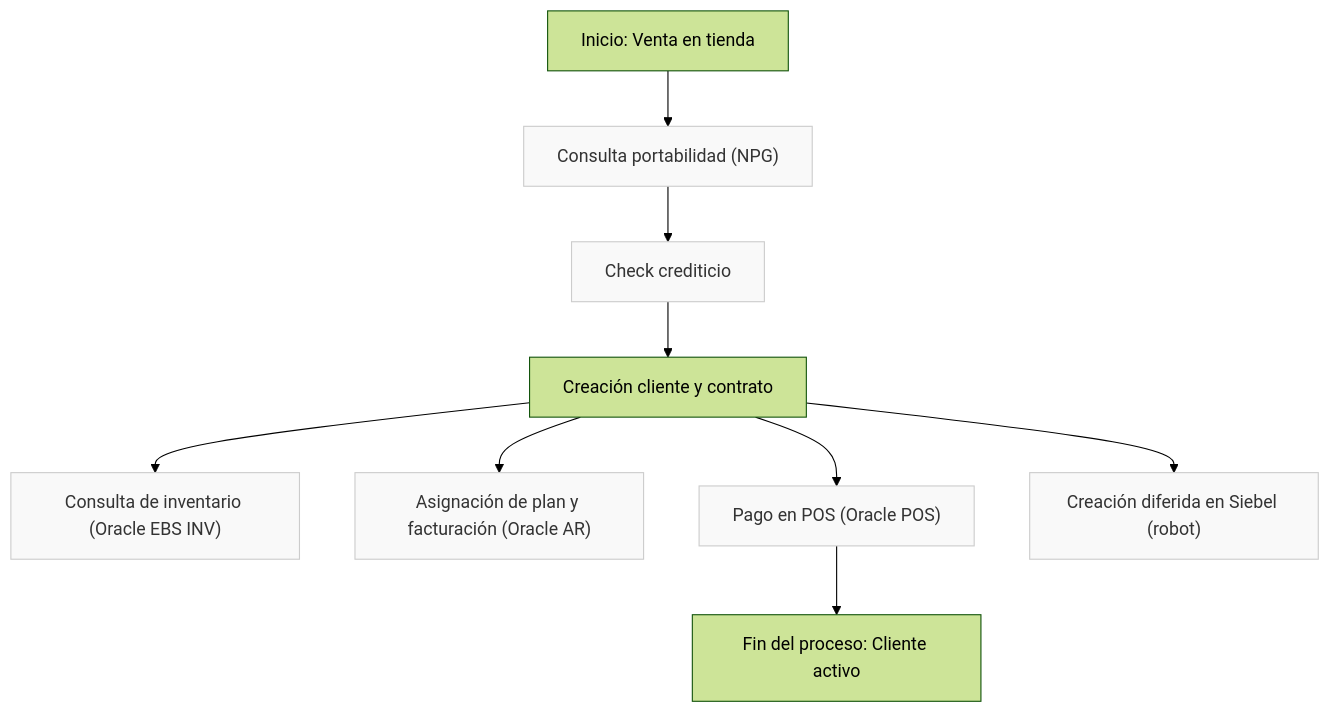
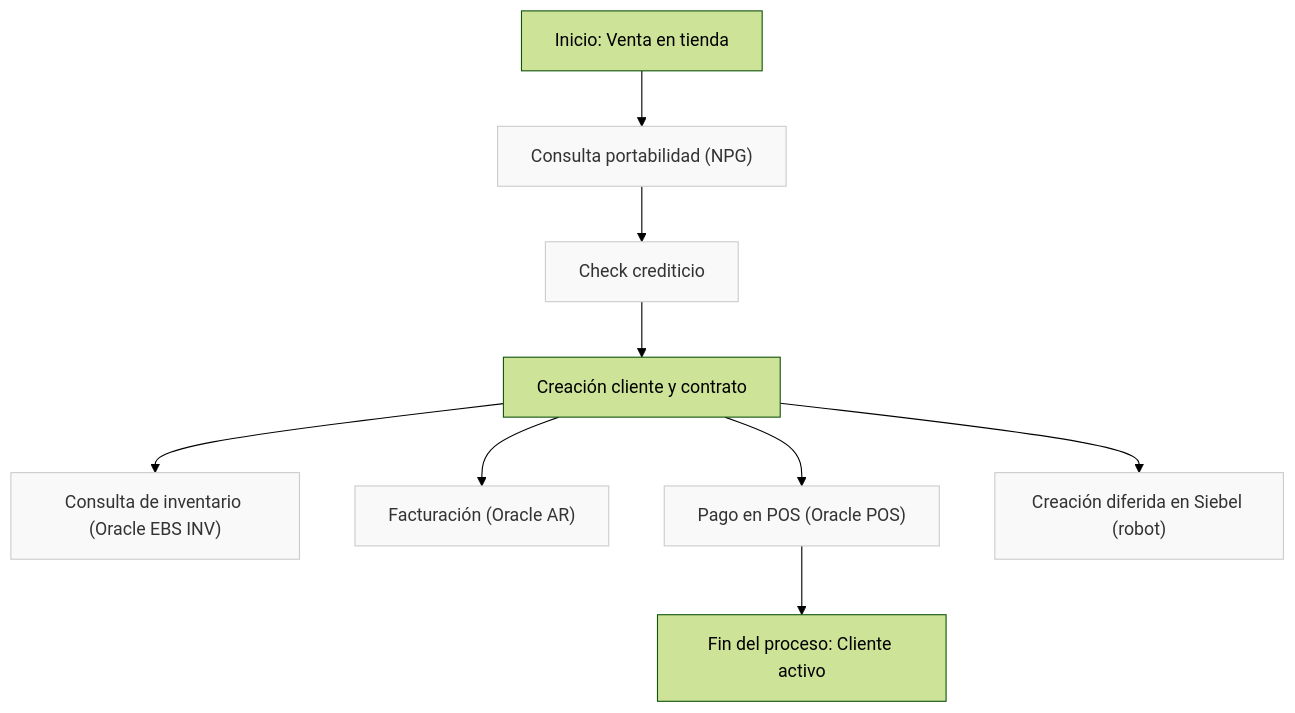
The diagram in diagrams/flujo-funcional.mmd (SalomonOctavio/Frontend-ventas), drawn with Mermaid (forest theme) before and after one commit.

Commit message:
corrige diagrama

```diff
--- a/diagrams/flujo-funcional.mmd
+++ b/diagrams/flujo-funcional.mmd
@@ -1,12 +1,12 @@
 flowchart TD
 INI["Inicio: Venta en tienda"] --> PORT["Consulta portabilidad (NPG)"]
 PORT --> CRED["Check crediticio"]
 CRED --> FORM["Creación cliente y contrato"]
 FORM --> INV["Consulta de inventario (Oracle EBS INV)"]
-FORM --> FACT["Asignación de plan y facturación (Oracle AR)"]
+FORM --> FACT["Facturación (Oracle AR)"]
 FORM --> POS["Pago en POS (Oracle POS)"]
 FORM --> ROBOT["Creación diferida en Siebel (robot)"]
 POS --> FIN["Fin del proceso: Cliente activo"]
 
 classDef sistemas fill:#f9f9f9,stroke:#ccc,color:#333;
 class PORT,CRED,INV,FACT,POS,ROBOT sistemas;
```
